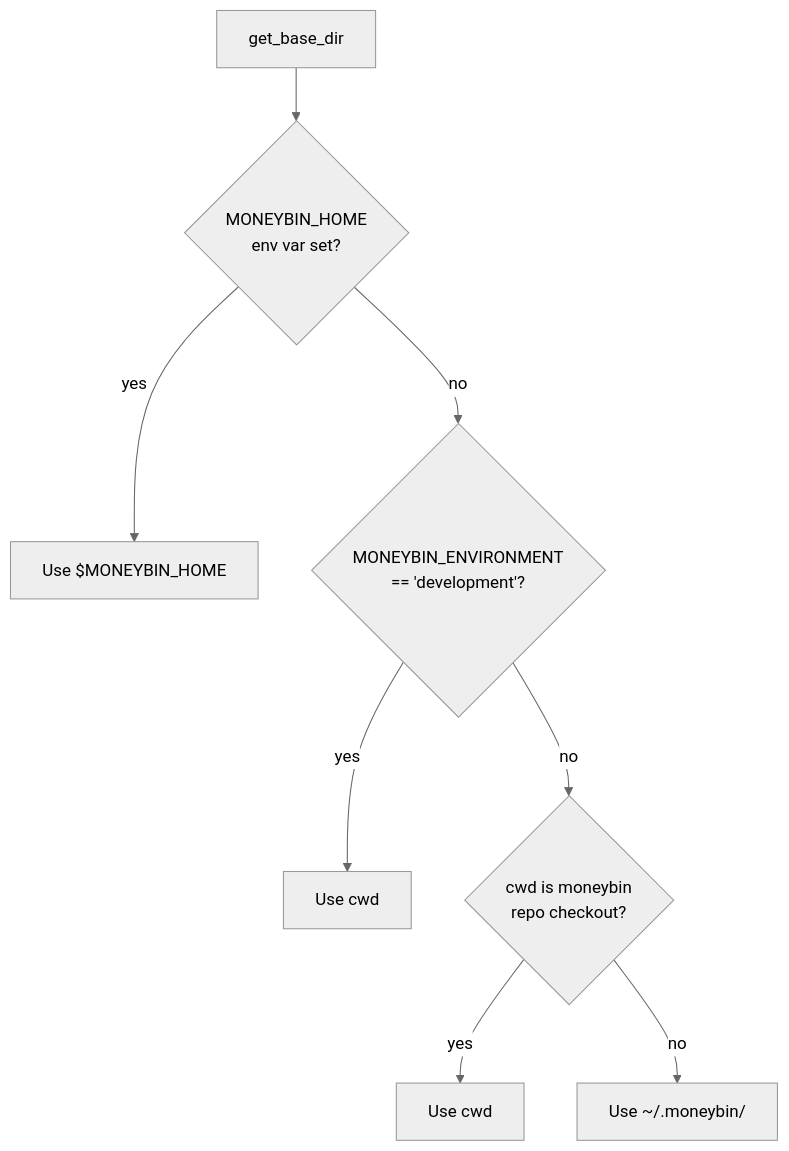
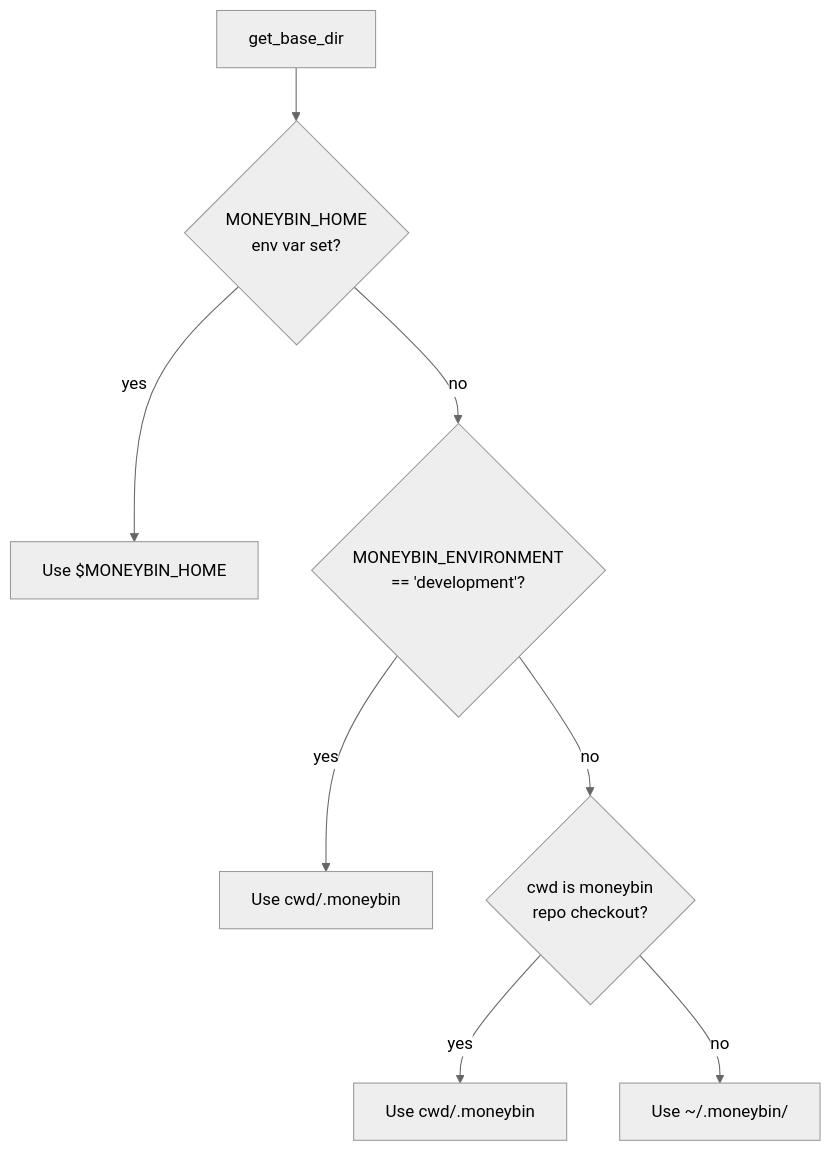
One commit to bsaffel/moneybin changed the ninth of 9 diagrams in docs/tech/cli-startup-flow.md. Above: the diagram before and after it, drawn with Mermaid (neutral theme). The commit also changed other lines of this file and 9 other files, not shown here.

````diff
--- a/docs/tech/cli-startup-flow.md
+++ b/docs/tech/cli-startup-flow.md
@@ -241,10 +241,10 @@
 ```mermaid
 flowchart TD
     A[get_base_dir] --> B{MONEYBIN_HOME<br/>env var set?}
     B -->|yes| C["Use $MONEYBIN_HOME"]
     B -->|no| D{MONEYBIN_ENVIRONMENT<br/>== 'development'?}
-    D -->|yes| E[Use cwd]
+    D -->|yes| E["Use cwd/.moneybin"]
     D -->|no| F{cwd is moneybin<br/>repo checkout?}
-    F -->|yes| G[Use cwd]
+    F -->|yes| G["Use cwd/.moneybin"]
     F -->|no| H["Use ~/.moneybin/"]
 ```
````
